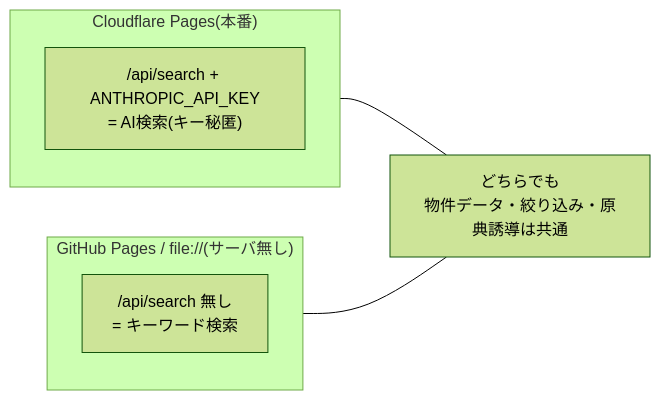
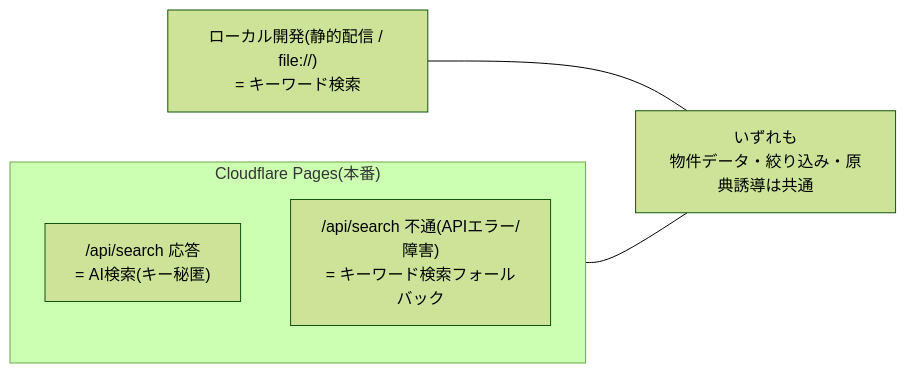
The third of 4 diagrams in docs/architecture.md (shinyanakashima/MLIT-LINKS-akiya-ask), drawn with Mermaid (forest theme) before and after one commit. The commit also changed other lines of this file and 3 other files, not shown here.

First line of the commit message:
デプロイ先を Cloudflare Pages 一本に整理(GitHub Pages 記述を削除)

````diff
--- a/docs/architecture.md
+++ b/docs/architecture.md
@@ -72,12 +72,11 @@
 ```mermaid
 flowchart LR
-    subgraph B["Cloudflare Pages(本番)"]
-        b1["/api/search + ANTHROPIC_API_KEY<br/>= AI検索(キー秘匿)"]
+    subgraph CF["Cloudflare Pages(本番)"]
+        ok["/api/search 応答<br/>= AI検索(キー秘匿)"]
+        ng["/api/search 不通(APIエラー/障害)<br/>= キーワード検索フォールバック"]
     end
-    subgraph C["GitHub Pages / file://(サーバ無し)"]
-        c1["/api/search 無し<br/>= キーワード検索"]
-    end
-    note["どちらでも<br/>物件データ・絞り込み・原典誘導は共通"]
-    B --- note
-    C --- note
+    dev["ローカル開発(静的配信 / file://)<br/>= キーワード検索"]
+    note["いずれも<br/>物件データ・絞り込み・原典誘導は共通"]
+    CF --- note
+    dev --- note
 ```
````
